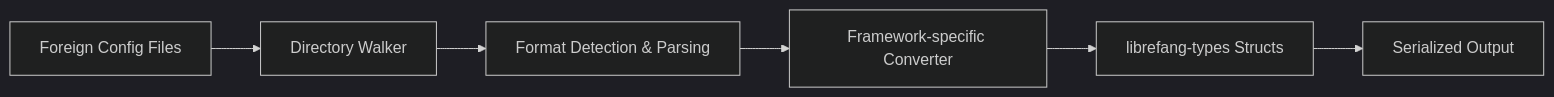
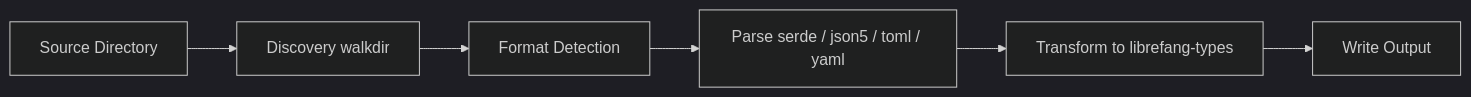
The diagram in other-librefang-migrate.md (leszek3737/librefang-WIki), drawn with Mermaid (dark theme) before and after one commit. The commit also changed other lines of this file and 99 other files, not shown here.

````diff
--- a/other-librefang-migrate.md
+++ b/other-librefang-migrate.md
@@ -28,8 +27,8 @@
 ```mermaid
 flowchart LR
-    A[Foreign Config Files] --> B[Directory Walker]
-    B --> C[Format Detection & Parsing]
-    C --> D[Framework-specific Converter]
-    D --> E[librefang-types Structs]
-    E --> F[Serialized Output]
+    A[Source Directory] --> B[Discovery walkdir]
+    B --> C[Format Detection]
+    C --> D[Parse serde / json5 / toml / yaml]
+    D --> E[Transform to librefang-types]
+    E --> F[Write Output]
 ```
````
